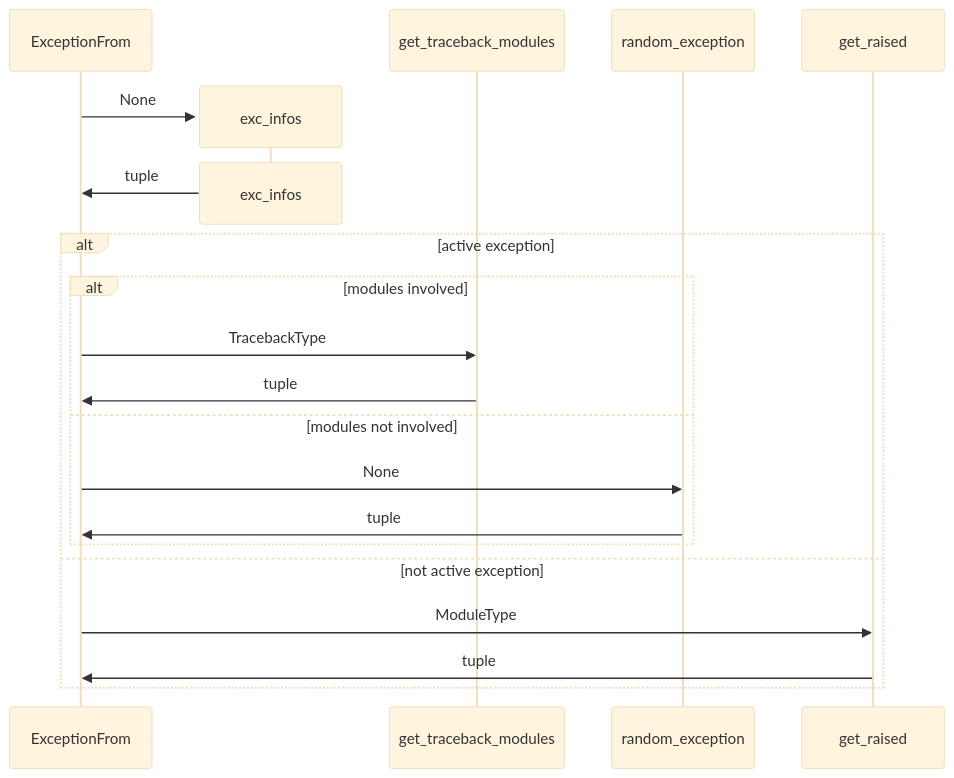
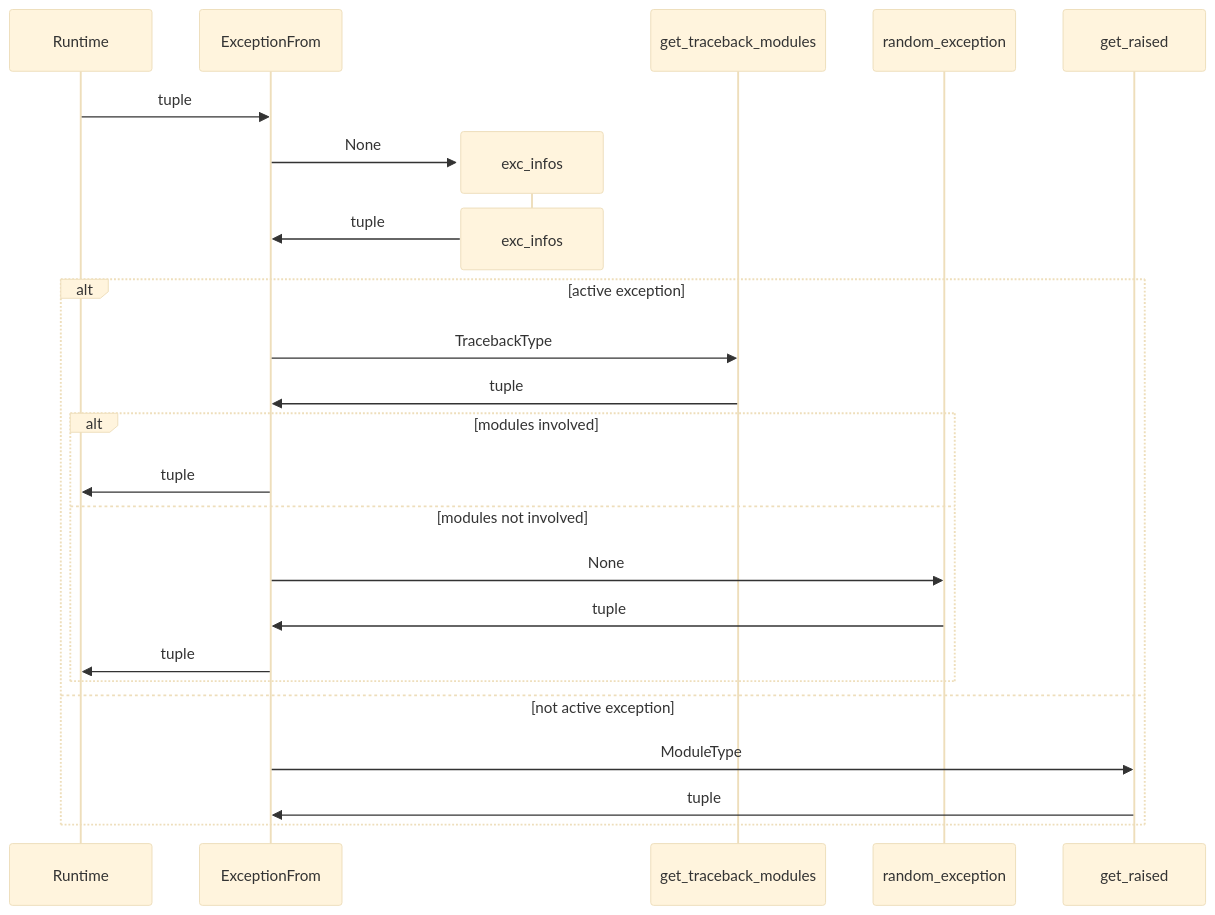
One commit to wfatherley/exceptlib changed the diagram in docs/source/sequence_diagrams.rst. Above: the diagram before and after it, drawn with Mermaid (base theme).

Commit message:
corrected sequence diagram without loop constructs or better typing

```diff
--- a/docs/source/sequence_diagrams.rst
+++ b/docs/source/sequence_diagrams.rst
@@ -10,20 +10,22 @@
 .. mermaid::
 
     sequenceDiagram
-        create participant ExceptionFrom
+        Runtime->>ExceptionFrom: tuple
         create participant exc_infos
         ExceptionFrom->>exc_infos: None
         destroy exc_infos
         exc_infos->>ExceptionFrom: tuple
         alt active exception
+            ExceptionFrom->>get_traceback_modules: TracebackType
+            get_traceback_modules->>ExceptionFrom: tuple
             alt modules involved
-                ExceptionFrom->>get_traceback_modules: TracebackType
-                get_traceback_modules->>ExceptionFrom: tuple
+                ExceptionFrom->>Runtime: tuple
             else modules not involved
                 ExceptionFrom->>random_exception: None
                 random_exception->>ExceptionFrom: tuple
+                ExceptionFrom->>Runtime: tuple
             end
         else not active exception
             ExceptionFrom->>get_raised: ModuleType
             get_raised->>ExceptionFrom: tuple
         end
```
